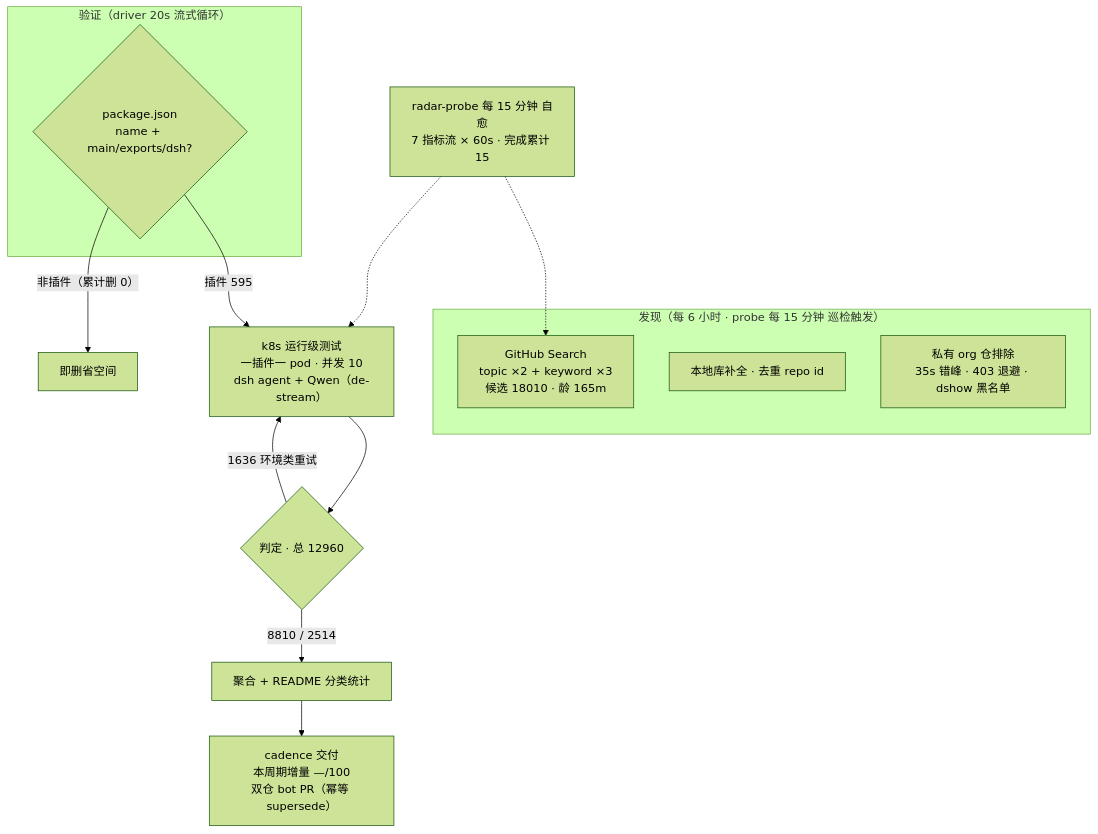
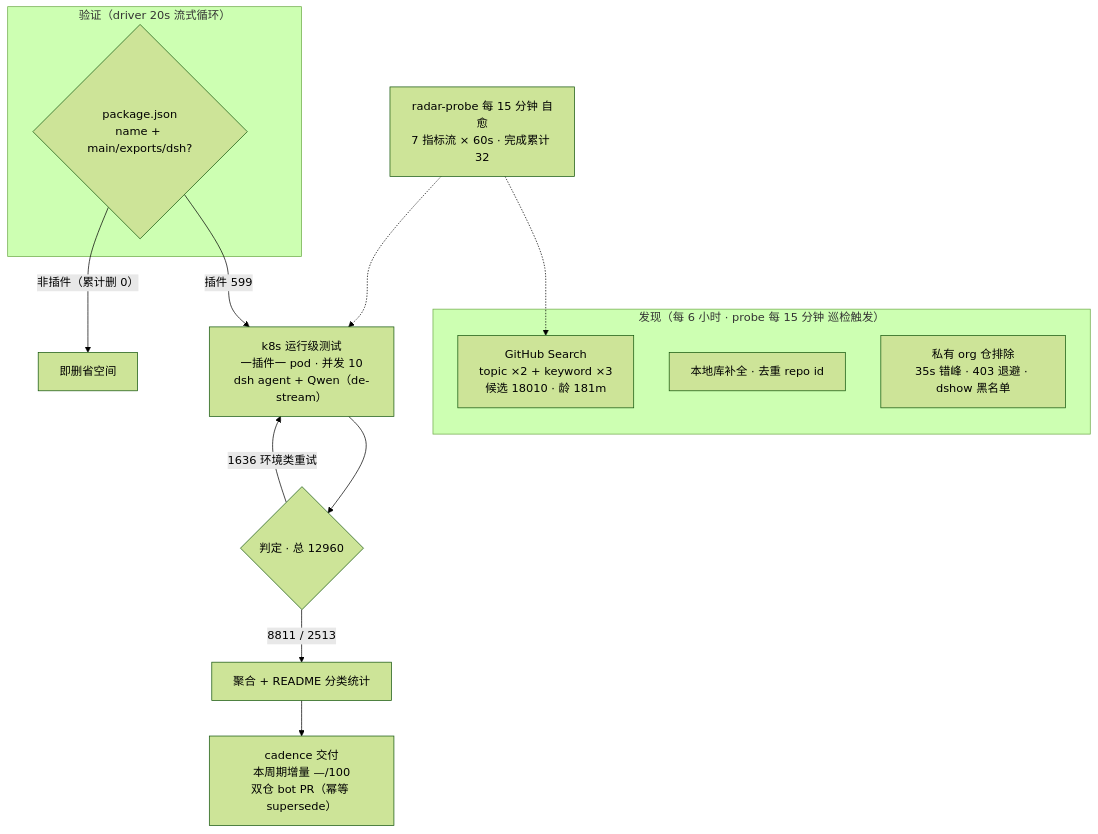
Before and after one commit to AdamPlatin123/awesome-dsh-plugins: the diagram in README.md, drawn with Mermaid (forest theme). The commit also changed other lines of this file and 5 other files, not shown here.

````diff
--- a/README.md
+++ b/README.md
@@ -52,20 +52,20 @@
 ```mermaid
 flowchart TB
     subgraph Discovery["发现（每 6 小时 · probe 每 15 分钟 巡检触发）"]
-        A1["GitHub Search<br/>topic ×2 + keyword ×3<br/>候选 18010 · 龄 165m"]
+        A1["GitHub Search<br/>topic ×2 + keyword ×3<br/>候选 18010 · 龄 181m"]
         A2["本地库补全 · 去重 repo id"]
         A3["私有 org 仓排除<br/>35s 错峰 · 403 退避 · dshow 黑名单"]
     end
     subgraph Validation["验证（driver 20s 流式循环）"]
         B1{"package.json<br/>name + main/exports/dsh?"}
     end
-    B1 -->|"插件 595"| C1["k8s 运行级测试<br/>一插件一 pod · 并发 10<br/>dsh agent + Qwen（de-stream）"]
+    B1 -->|"插件 599"| C1["k8s 运行级测试<br/>一插件一 pod · 并发 10<br/>dsh agent + Qwen（de-stream）"]
     B1 -->|"非插件（累计删 0）"| B3["即删省空间"]
     C1 --> D1{"判定 · 总 12960"}
-    D1 -->|"8810 / 2514"| E1["聚合 + README 分类统计"]
+    D1 -->|"8811 / 2513"| E1["聚合 + README 分类统计"]
     D1 -->|"1636 环境类重试"| C1
     E1 --> E2["cadence 交付<br/>本周期增量 —/100<br/>双仓 bot PR（幂等 supersede）"]
-    M["radar-probe 每 15 分钟 自愈<br/>7 指标流 × 60s · 完成累计 15"]
+    M["radar-probe 每 15 分钟 自愈<br/>7 指标流 × 60s · 完成累计 32"]
     M -.-> A1
     M -.-> C1
 ```
````
